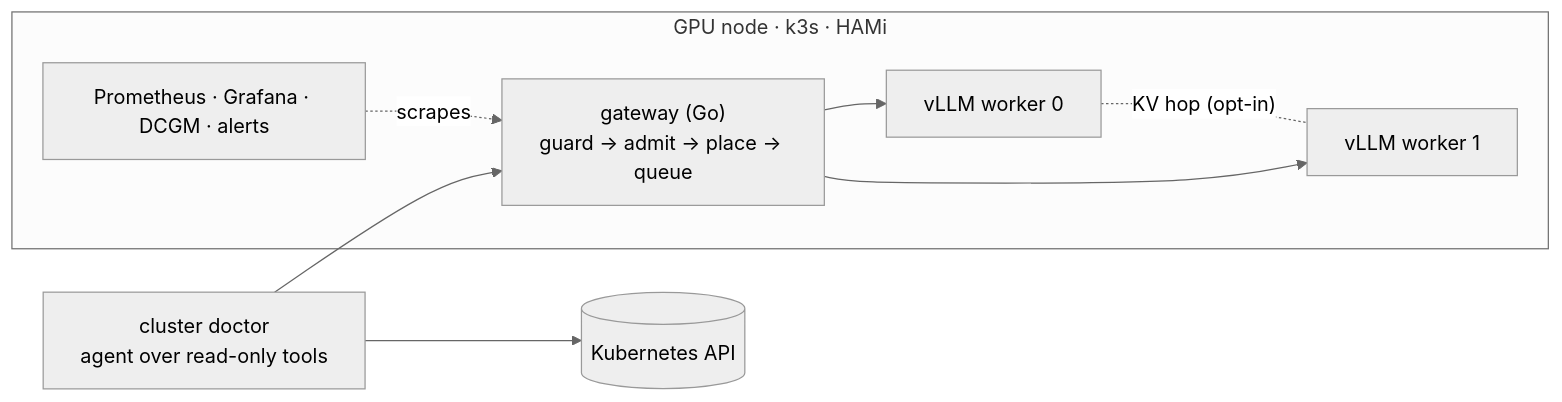
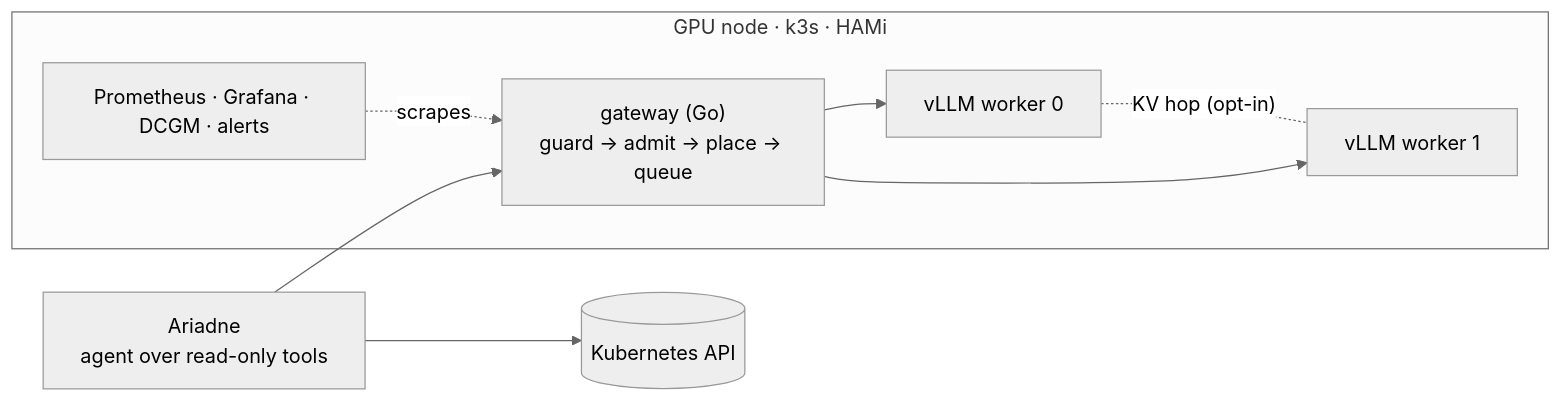
The diagram in design/slides.md (cduggn/Ariadne), drawn with Mermaid (neutral theme) before and after one commit. The commit also changed other lines of this file and 15 other files, not shown here.

````diff
--- a/design/slides.md
+++ b/design/slides.md
@@ -27,17 +27,17 @@
 ```mermaid
 flowchart LR
-    doctor["cluster doctor<br/>agent over read-only tools"]
+    doctor["Ariadne<br/>agent over read-only tools"]
     k8s[("Kubernetes API")]
     subgraph node["GPU node · k3s · HAMi"]
         gw["gateway (Go)<br/>guard → admit → place → queue"]
         v0["vLLM worker 0"]
         v1["vLLM worker 1"]
         obs["Prometheus · Grafana · DCGM · alerts"]
     end
     doctor --> gw
     doctor --> k8s
     gw --> v0
     gw --> v1
     v0 -. "KV hop (opt-in)" .- v1
     obs -. scrapes .-> gw
 ```
````
